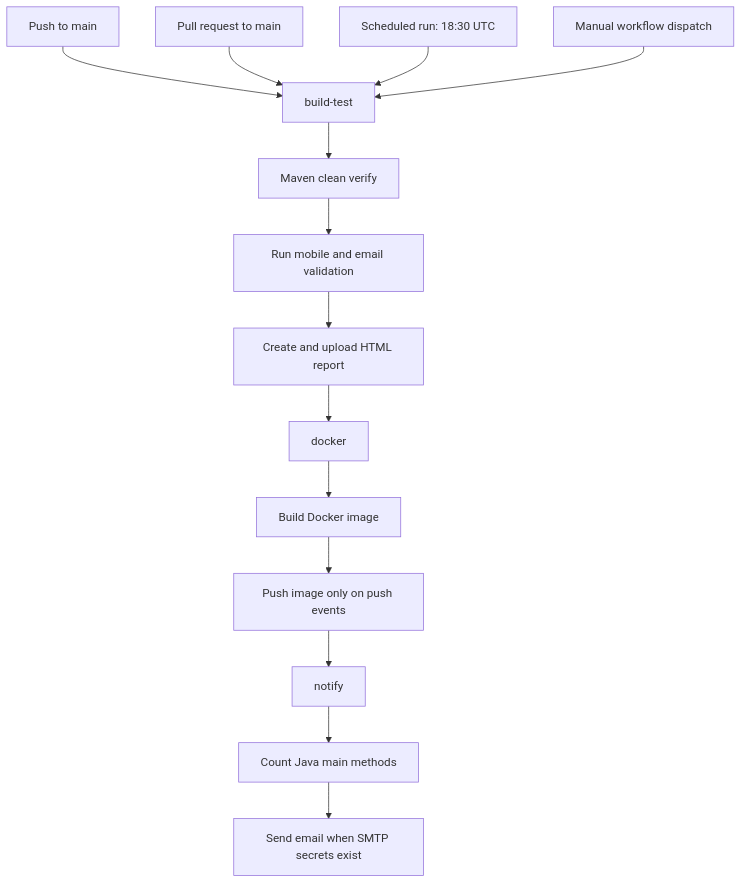
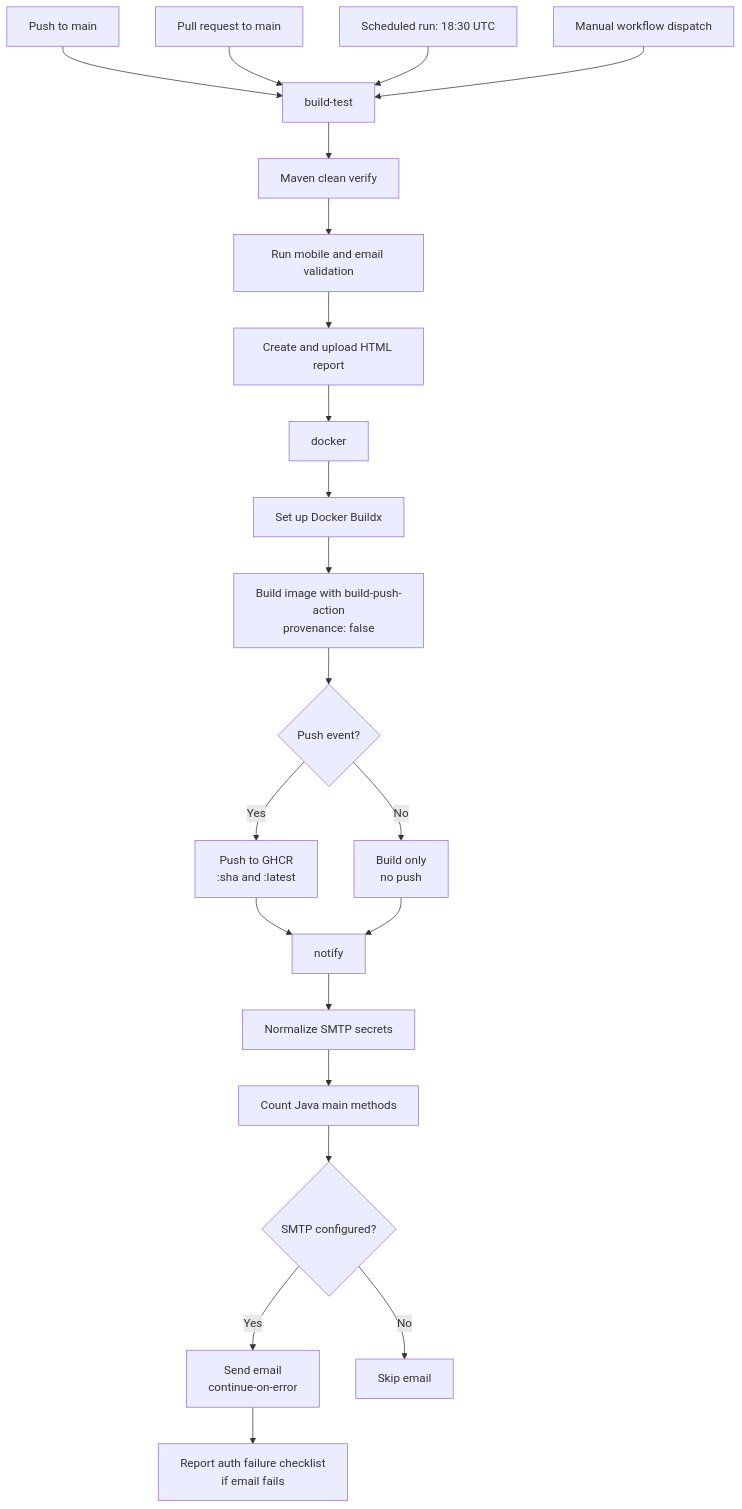
The first of 14 diagrams in docs/java-e2e-ci-pipeline-guide.md (chaitussm/Java-Project), drawn with Mermaid before and after one commit. The commit also changed other lines of this file and 2 other files, not shown here.

First line of the commit message:
Document CI failure causes and resolutions with diagrams

````diff
--- a/docs/java-e2e-ci-pipeline-guide.md
+++ b/docs/java-e2e-ci-pipeline-guide.md
@@ -21,16 +24,24 @@
 ```mermaid
 flowchart TD
     A["Push to main"] --> E["build-test"]
     B["Pull request to main"] --> E
     C["Scheduled run: 18:30 UTC"] --> E
     D["Manual workflow dispatch"] --> E
     E --> F["Maven clean verify"]
     F --> G["Run mobile and email validation"]
     G --> H["Create and upload HTML report"]
     H --> I["docker"]
-    I --> J["Build Docker image"]
-    J --> K["Push image only on push events"]
-    K --> L["notify"]
-    L --> M["Count Java main methods"]
-    M --> N["Send email when SMTP secrets exist"]
+    I --> J["Set up Docker Buildx"]
+    J --> K["Build image with build-push-action\nprovenance: false"]
+    K --> L{"Push event?"}
+    L -- Yes --> M["Push to GHCR\n:sha and :latest"]
+    L -- No --> N["Build only\nno push"]
+    M --> O["notify"]
+    N --> O
+    O --> P["Normalize SMTP secrets"]
+    P --> Q["Count Java main methods"]
+    Q --> R{"SMTP configured?"}
+    R -- Yes --> S["Send email\ncontinue-on-error"]
+    R -- No --> T["Skip email"]
+    S --> U["Report auth failure checklist\nif email fails"]
 ```
````
